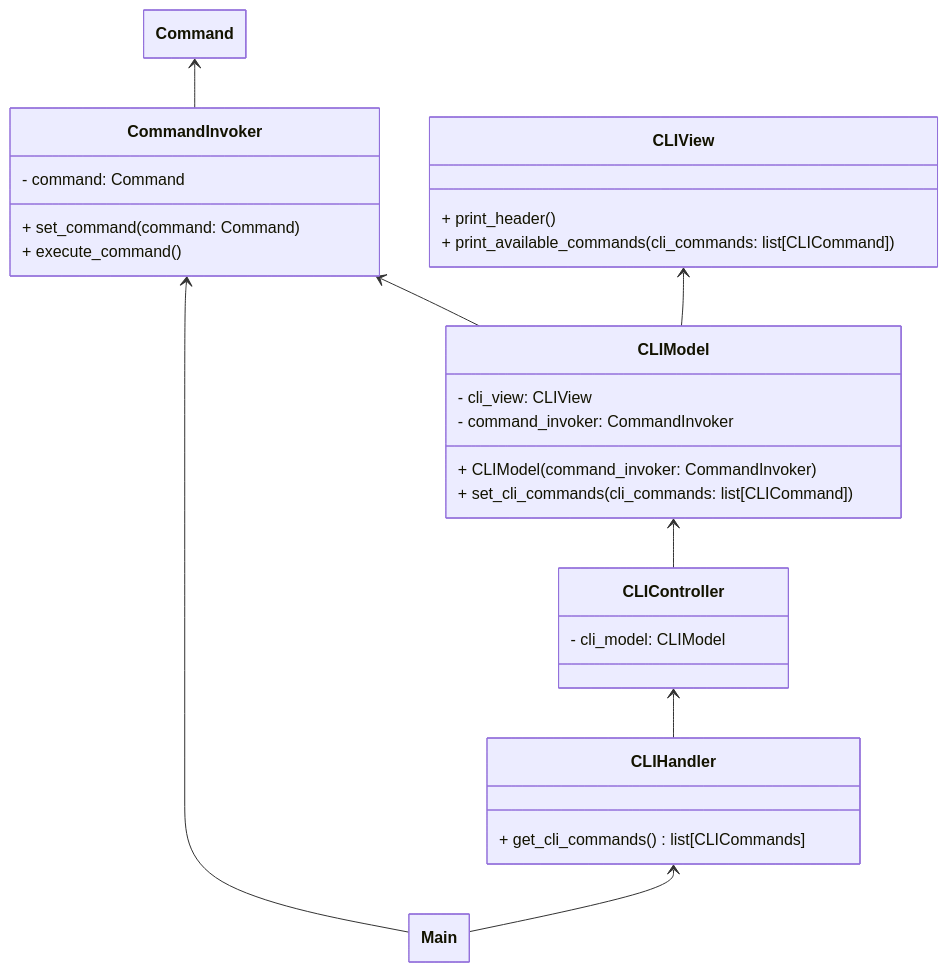
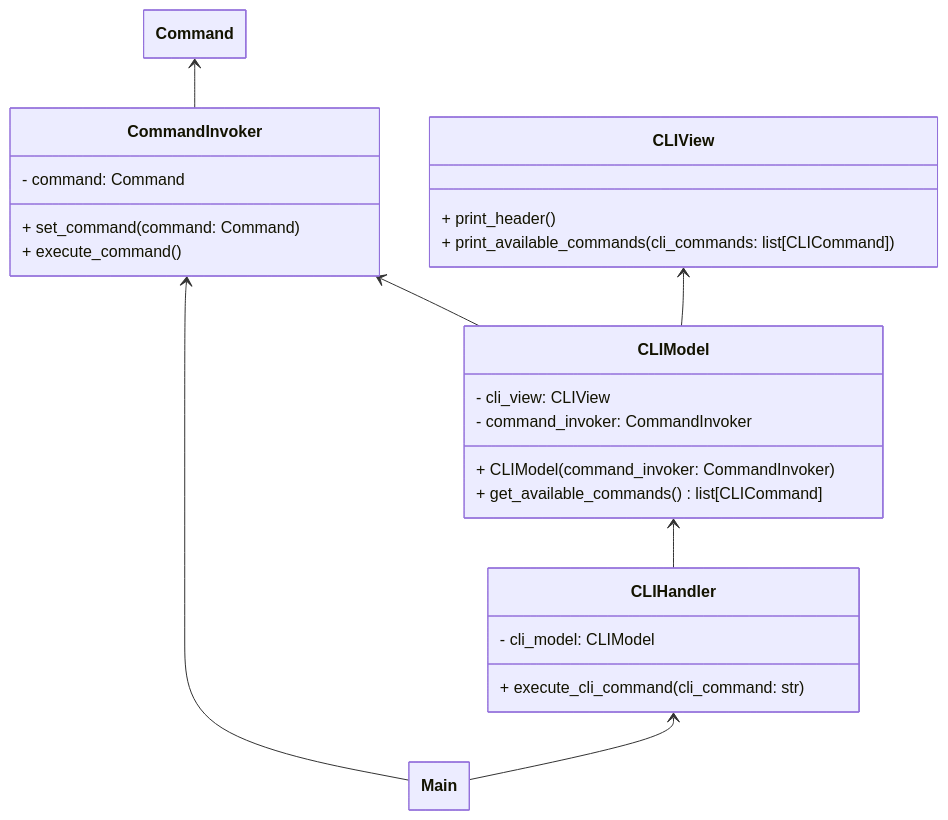
Before and after one commit to arsenedo/SecureChat: the second of 2 diagrams in README.md, drawn with Mermaid.

````diff
--- a/README.md
+++ b/README.md
@@ -89,49 +91,45 @@
 ```mermaid
 ---
 config:
   layout: dagre
   class:
     hideEmptyMembersBox: true
 ---
 classDiagram
 direction BT
     class Main {
     }
 
     class CommandInvoker {
 	    - command: Command
 	    + set_command(command: Command)
 	    + execute_command()
     }
 
     class Command {
     }
 
     class CLIHandler {
-	    + get_cli_commands() list[CLICommands]
+        - cli_model: CLIModel
+        + execute_cli_command(cli_command: str)
     }
 
     class CLIView {
 	    + print_header()
 	    + print_available_commands(cli_commands: list[CLICommand])
     }
 
     class CLIModel {
 	    - cli_view: CLIView
 	    - command_invoker: CommandInvoker
 	    + CLIModel(command_invoker: CommandInvoker)
-	    + set_cli_commands(cli_commands: list[CLICommand])
+        + get_available_commands() list[CLICommand]
     }
 
-    class CLIController {
-	    - cli_model: CLIModel
-    }
-
-    CLIHandler --> CLIController
+    CLIHandler --> CLIModel
     Main --> CLIHandler
     Main --> CommandInvoker
     CLIModel --> CommandInvoker
-    CLIController --> CLIModel
     CLIModel --> CLIView
     CommandInvoker --> Command
 ```
````
